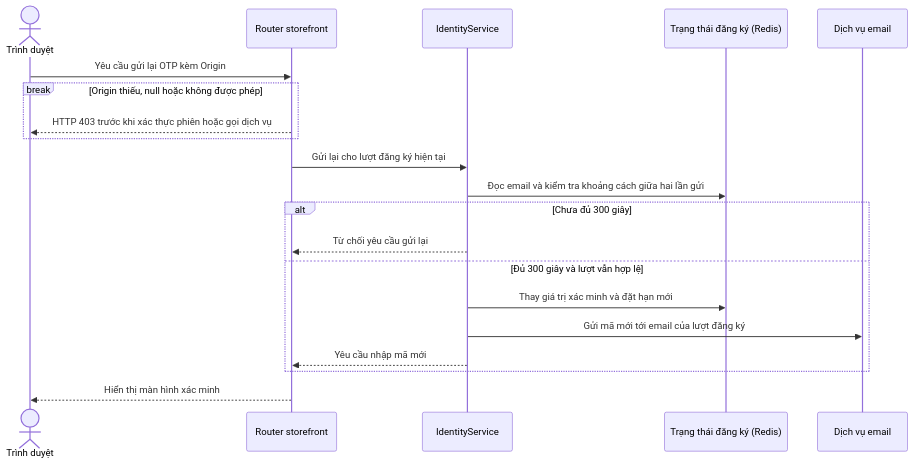
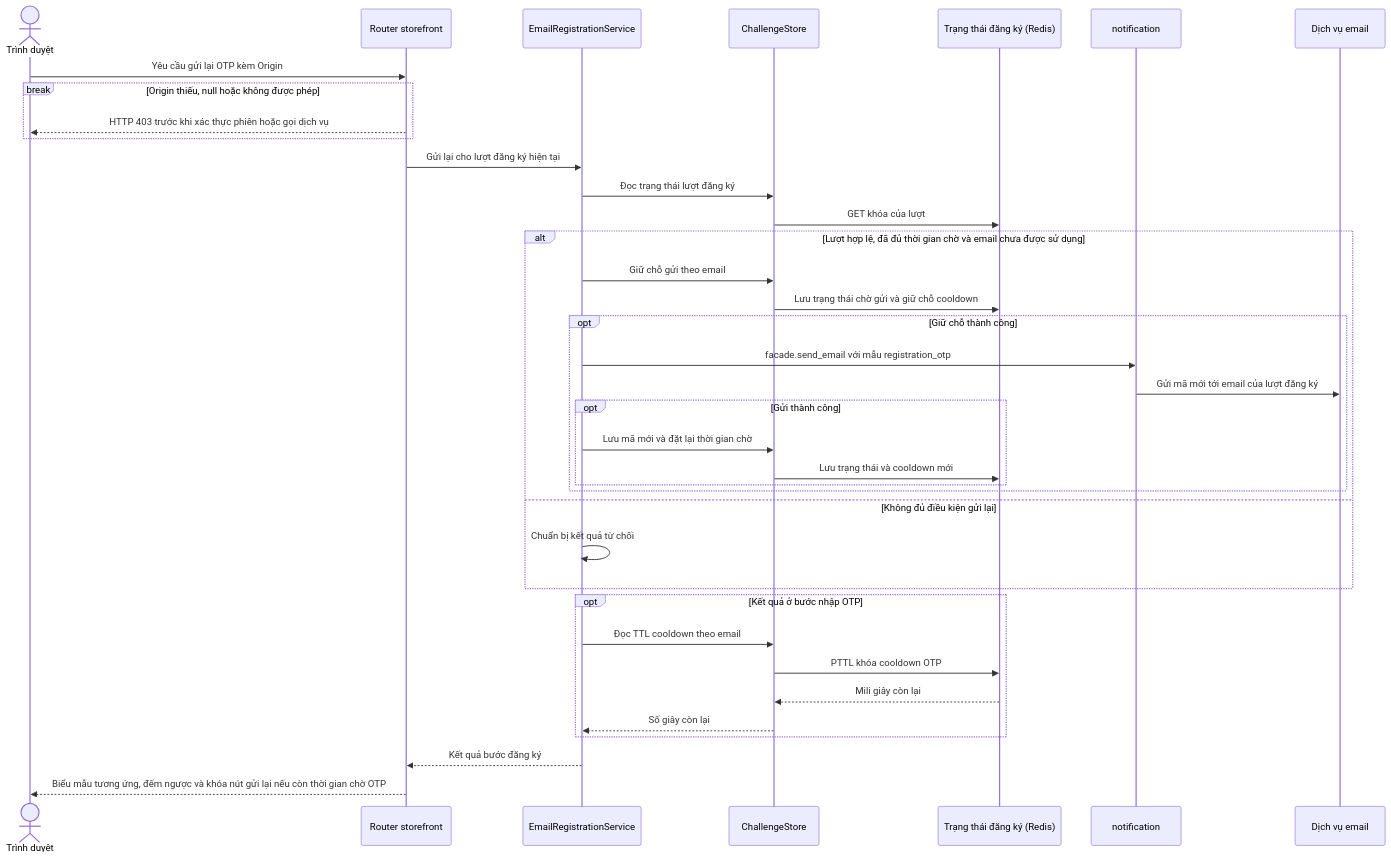
One commit to thanhklt/sobie-swimwear-e-commerce changed the diagram in docs/sequence/identity/post-register-otp-resend.md. Above: the diagram before and after it, drawn with Mermaid. The commit also changed other lines of this file and 127 other files, not shown here.

````diff
--- a/docs/sequence/identity/post-register-otp-resend.md
+++ b/docs/sequence/identity/post-register-otp-resend.md
@@ -5,22 +5,39 @@
 ```mermaid
 sequenceDiagram
     actor Browser as Trình duyệt
     participant Route as Router storefront
-    participant Service as IdentityService
+    participant Service as EmailRegistrationService
+    participant Store as ChallengeStore
     participant Redis as Trạng thái đăng ký (Redis)
+    participant Notification as notification
     participant Mail as Dịch vụ email
     Browser->>Route: Yêu cầu gửi lại OTP kèm Origin
     break Origin thiếu, null hoặc không được phép
         Route-->>Browser: HTTP 403 trước khi xác thực phiên hoặc gọi dịch vụ
     end
     Route->>Service: Gửi lại cho lượt đăng ký hiện tại
-    Service->>Redis: Đọc email và kiểm tra khoảng cách giữa hai lần gửi
-    alt Chưa đủ 300 giây
-        Service-->>Route: Từ chối yêu cầu gửi lại
-    else Đủ 300 giây và lượt vẫn hợp lệ
-        Service->>Redis: Thay giá trị xác minh và đặt hạn mới
-        Service->>Mail: Gửi mã mới tới email của lượt đăng ký
-        Service-->>Route: Yêu cầu nhập mã mới
+    Service->>Store: Đọc trạng thái lượt đăng ký
+    Store->>Redis: GET khóa của lượt
+    alt Lượt hợp lệ, đã đủ thời gian chờ và email chưa được sử dụng
+        Service->>Store: Giữ chỗ gửi theo email
+        Store->>Redis: Lưu trạng thái chờ gửi và giữ chỗ cooldown
+        opt Giữ chỗ thành công
+            Service->>Notification: facade.send_email với mẫu registration_otp
+            Notification->>Mail: Gửi mã mới tới email của lượt đăng ký
+            opt Gửi thành công
+                Service->>Store: Lưu mã mới và đặt lại thời gian chờ
+                Store->>Redis: Lưu trạng thái và cooldown mới
+            end
+        end
+    else Không đủ điều kiện gửi lại
+        Service->>Service: Chuẩn bị kết quả từ chối
     end
-    Route-->>Browser: Hiển thị màn hình xác minh
+    opt Kết quả ở bước nhập OTP
+        Service->>Store: Đọc TTL cooldown theo email
+        Store->>Redis: PTTL khóa cooldown OTP
+        Redis-->>Store: Mili giây còn lại
+        Store-->>Service: Số giây còn lại
+    end
+    Service-->>Route: Kết quả bước đăng ký
+    Route-->>Browser: Biểu mẫu tương ứng, đếm ngược và khóa nút gửi lại nếu còn thời gian chờ OTP
 ```
````
